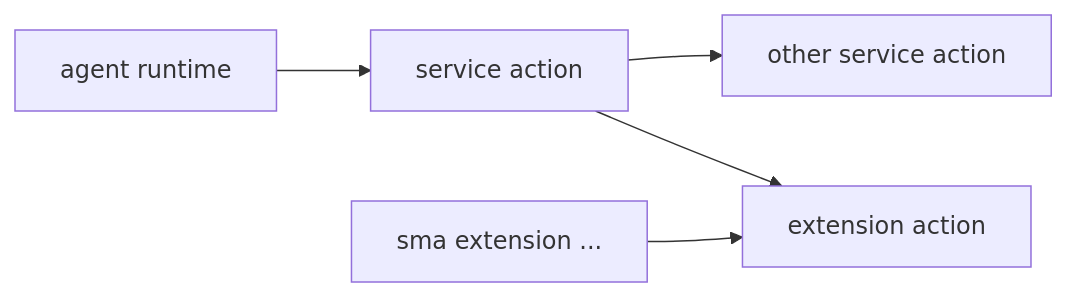
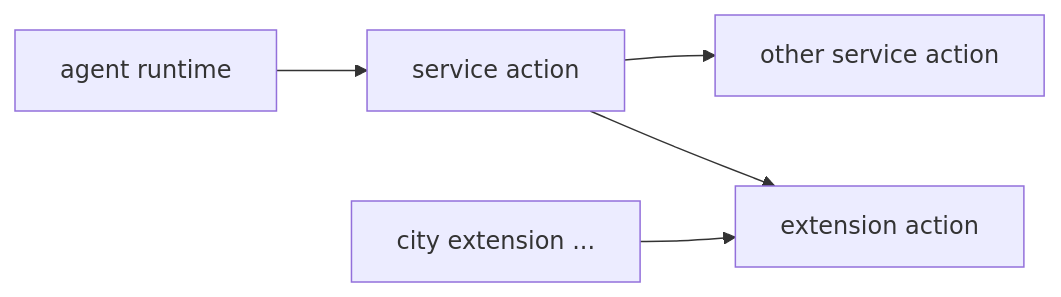
Before and after one commit to wangenius/downcity: the diagram in homepage/content/docs/en/concepts/service-vs-extension.mdx, drawn with Mermaid. The commit also changed 293 other files, not shown here.

````diff
--- a/homepage/content/docs/en/concepts/service-vs-extension.mdx
+++ b/homepage/content/docs/en/concepts/service-vs-extension.mdx
@@ -47,7 +47,7 @@
 ```mermaid
 flowchart LR
   AGENT[agent runtime] --> SVC[service action]
   SVC --> SVC2[other service action]
   SVC --> EXT[extension action]
-  CLI[sma extension ...] --> EXT
+  CLI[city extension ...] --> EXT
 ```
````
